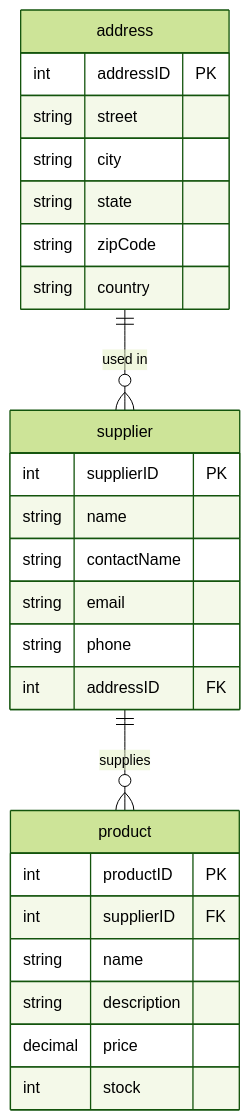
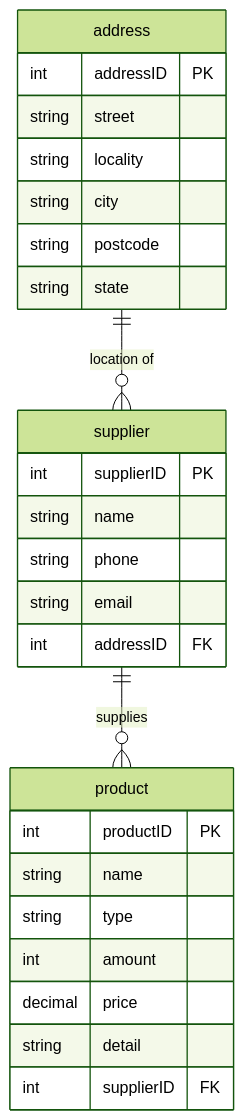
One commit to ROY508822/Bases-de-Datos-Distribuidas changed the third of 3 diagrams in exercise7.md. Above: the diagram before and after it, drawn with Mermaid (forest theme). The commit also changed other lines of this file, not shown here.

````diff
--- a/exercise7.md
+++ b/exercise7.md
@@ -459,32 +459,34 @@
 ```mermaid
 erDiagram
+
     address {
         int addressID PK
         string street
+        string locality
         string city
+        string postcode
         string state
-        string zipCode
-        string country
     }
 
     supplier {
         int supplierID PK
         string name
-        string contactName
+        string phone
         string email
-        string phone
         int addressID FK
     }
 
     product {
         int productID PK
+        string name
+        string type
+        int amount
+        decimal price
+        string detail
         int supplierID FK
-        string name
-        string description
-        decimal price
-        int stock
     }
 
+    address ||--o{ supplier : "location of"
+
     supplier ||--o{ product : "supplies"
-    address ||--o{ supplier : "used in"
 ```
````
